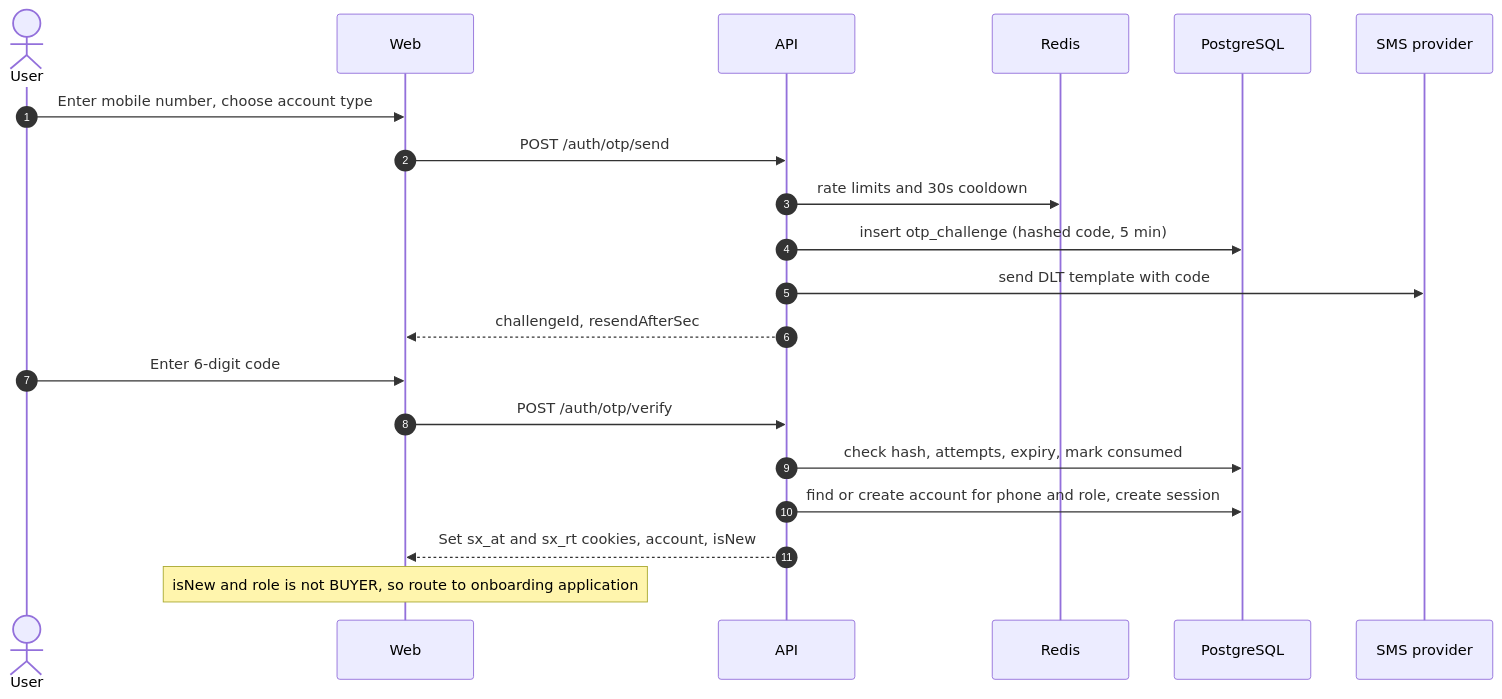
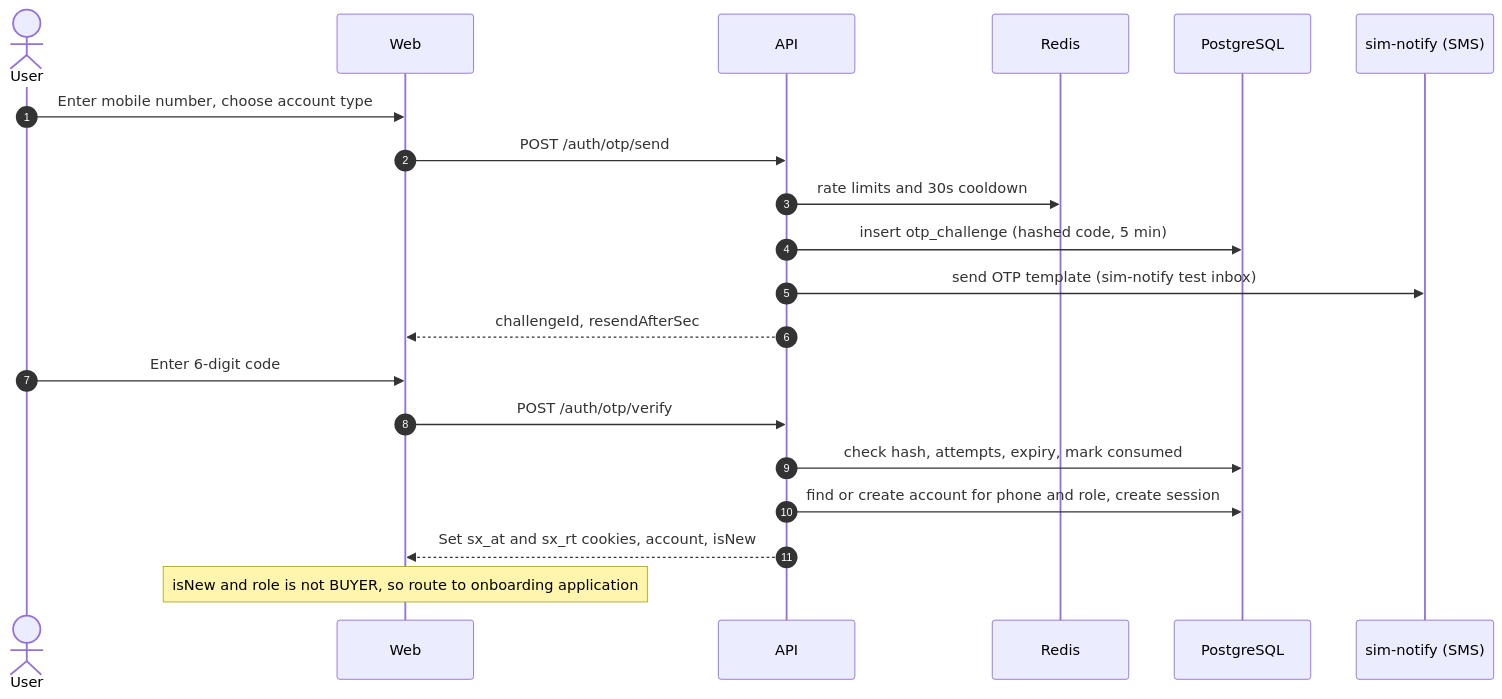
One commit to raghavkhandelwal11/Siliconia changed the second of 5 diagrams in docs/lld.md. Above: the diagram before and after it, drawn with Mermaid. The commit also changed other lines of this file and 164 other files, not shown here.

First line of the commit message:
docs: move paid plans to paid-later/, add UI features and UI diagrams

````diff
--- a/docs/lld.md
+++ b/docs/lld.md
@@ -587,22 +586,22 @@
 ```mermaid
 sequenceDiagram
   autonumber
   actor U as User
   participant W as Web
   participant A as API
   participant R as Redis
   participant DB as PostgreSQL
-  participant S as SMS provider
+  participant S as sim-notify (SMS)
   U->>W: Enter mobile number, choose account type
   W->>A: POST /auth/otp/send
   A->>R: rate limits and 30s cooldown
   A->>DB: insert otp_challenge (hashed code, 5 min)
-  A->>S: send DLT template with code
+  A->>S: send OTP template (sim-notify test inbox)
   A-->>W: challengeId, resendAfterSec
   U->>W: Enter 6-digit code
   W->>A: POST /auth/otp/verify
   A->>DB: check hash, attempts, expiry, mark consumed
   A->>DB: find or create account for phone and role, create session
   A-->>W: Set sx_at and sx_rt cookies, account, isNew
   Note over W: isNew and role is not BUYER, so route to onboarding application
 ```
````
